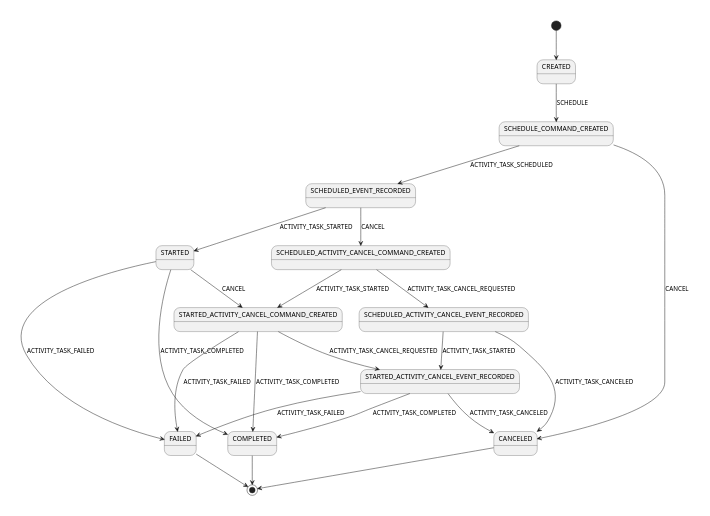
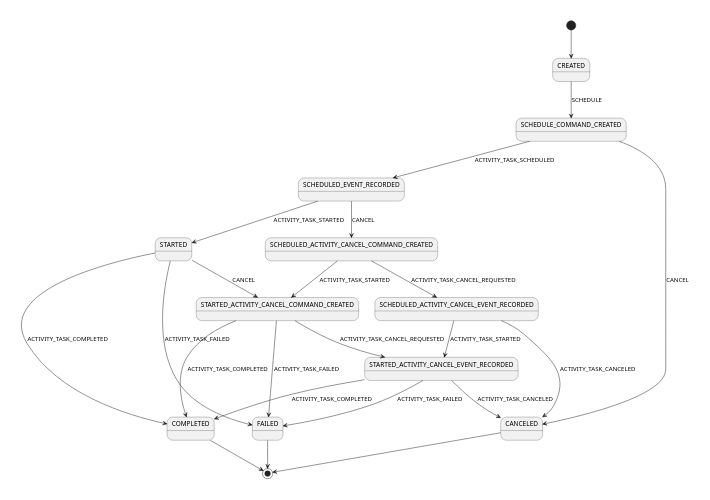
One commit to mfateev/temporal-java-sdk changed the diagram in src/main/java/io/temporal/internal/csm/ActivityCommands.puml. Above: the diagram before and after it, drawn with PlantUML. The commit also changed other lines of this file and 8 other files, not shown here.

Commit message:
Deterministic diagram output

```diff
--- a/src/main/java/io/temporal/internal/csm/ActivityCommands.puml
+++ b/src/main/java/io/temporal/internal/csm/ActivityCommands.puml
@@ -21,25 +21,25 @@
 @startuml
 scale 350 width
 [*] --> CREATED
-SCHEDULED_EVENT_RECORDED --> SCHEDULED_ACTIVITY_CANCEL_COMMAND_CREATED: CANCEL
-SCHEDULED_ACTIVITY_CANCEL_COMMAND_CREATED --> STARTED_ACTIVITY_CANCEL_COMMAND_CREATED: ACTIVITY_TASK_STARTED
-STARTED --> STARTED_ACTIVITY_CANCEL_COMMAND_CREATED: CANCEL
+CREATED --> SCHEDULE_COMMAND_CREATED: SCHEDULE
 SCHEDULE_COMMAND_CREATED --> SCHEDULED_EVENT_RECORDED: ACTIVITY_TASK_SCHEDULED
 SCHEDULE_COMMAND_CREATED --> CANCELED: CANCEL
-STARTED_ACTIVITY_CANCEL_COMMAND_CREATED --> FAILED: ACTIVITY_TASK_FAILED
-STARTED_ACTIVITY_CANCEL_EVENT_RECORDED --> COMPLETED: ACTIVITY_TASK_COMPLETED
-CREATED --> SCHEDULE_COMMAND_CREATED: SCHEDULE
-SCHEDULED_ACTIVITY_CANCEL_EVENT_RECORDED --> STARTED_ACTIVITY_CANCEL_EVENT_RECORDED: ACTIVITY_TASK_STARTED
-STARTED --> FAILED: ACTIVITY_TASK_FAILED
-STARTED_ACTIVITY_CANCEL_COMMAND_CREATED --> STARTED_ACTIVITY_CANCEL_EVENT_RECORDED: ACTIVITY_TASK_CANCEL_REQUESTED
-SCHEDULED_ACTIVITY_CANCEL_COMMAND_CREATED --> SCHEDULED_ACTIVITY_CANCEL_EVENT_RECORDED: ACTIVITY_TASK_CANCEL_REQUESTED
-STARTED_ACTIVITY_CANCEL_EVENT_RECORDED --> FAILED: ACTIVITY_TASK_FAILED
-STARTED_ACTIVITY_CANCEL_COMMAND_CREATED --> COMPLETED: ACTIVITY_TASK_COMPLETED
-STARTED_ACTIVITY_CANCEL_EVENT_RECORDED --> CANCELED: ACTIVITY_TASK_CANCELED
 SCHEDULED_EVENT_RECORDED --> STARTED: ACTIVITY_TASK_STARTED
 STARTED --> COMPLETED: ACTIVITY_TASK_COMPLETED
+STARTED --> FAILED: ACTIVITY_TASK_FAILED
+SCHEDULED_EVENT_RECORDED --> SCHEDULED_ACTIVITY_CANCEL_COMMAND_CREATED: CANCEL
+SCHEDULED_ACTIVITY_CANCEL_COMMAND_CREATED --> SCHEDULED_ACTIVITY_CANCEL_EVENT_RECORDED: ACTIVITY_TASK_CANCEL_REQUESTED
+SCHEDULED_ACTIVITY_CANCEL_COMMAND_CREATED --> STARTED_ACTIVITY_CANCEL_COMMAND_CREATED: ACTIVITY_TASK_STARTED
 SCHEDULED_ACTIVITY_CANCEL_EVENT_RECORDED --> CANCELED: ACTIVITY_TASK_CANCELED
+SCHEDULED_ACTIVITY_CANCEL_EVENT_RECORDED --> STARTED_ACTIVITY_CANCEL_EVENT_RECORDED: ACTIVITY_TASK_STARTED
+STARTED_ACTIVITY_CANCEL_COMMAND_CREATED --> STARTED_ACTIVITY_CANCEL_EVENT_RECORDED: ACTIVITY_TASK_CANCEL_REQUESTED
+STARTED --> STARTED_ACTIVITY_CANCEL_COMMAND_CREATED: CANCEL
+STARTED_ACTIVITY_CANCEL_COMMAND_CREATED --> COMPLETED: ACTIVITY_TASK_COMPLETED
+STARTED_ACTIVITY_CANCEL_COMMAND_CREATED --> FAILED: ACTIVITY_TASK_FAILED
+STARTED_ACTIVITY_CANCEL_EVENT_RECORDED --> FAILED: ACTIVITY_TASK_FAILED
+STARTED_ACTIVITY_CANCEL_EVENT_RECORDED --> COMPLETED: ACTIVITY_TASK_COMPLETED
+STARTED_ACTIVITY_CANCEL_EVENT_RECORDED --> CANCELED: ACTIVITY_TASK_CANCELED
 COMPLETED --> [*]
 FAILED --> [*]
 CANCELED --> [*]
 @enduml
```
